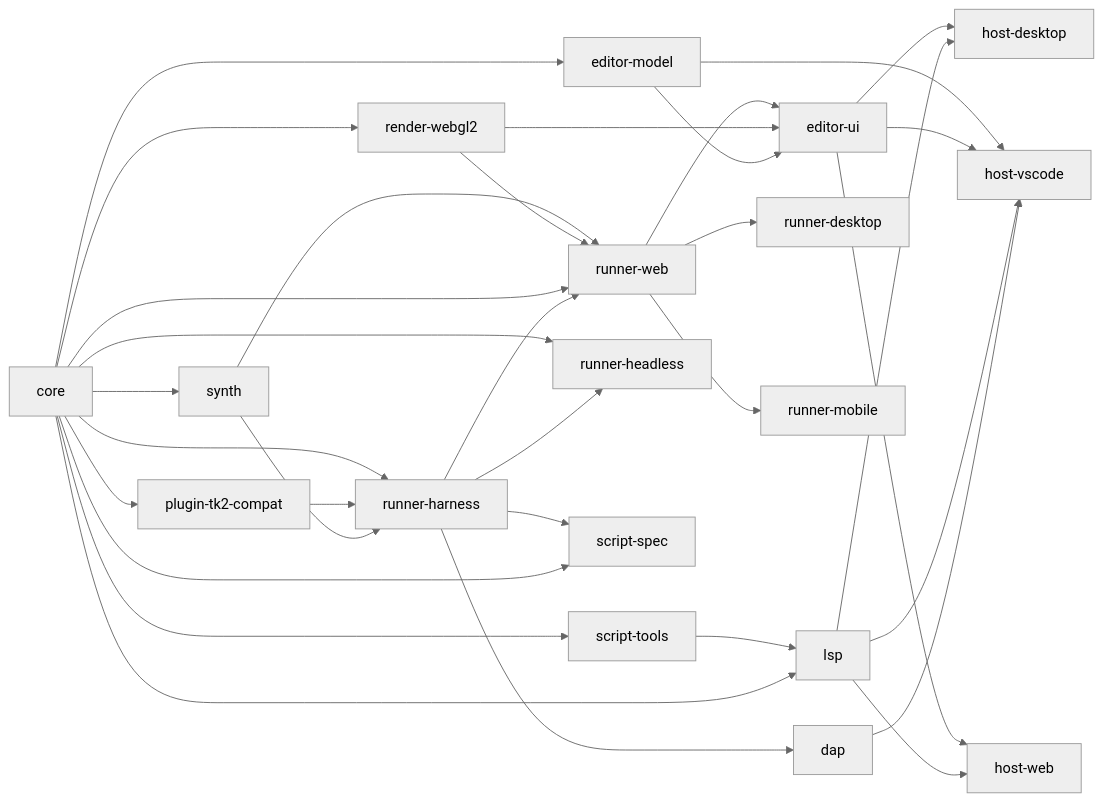
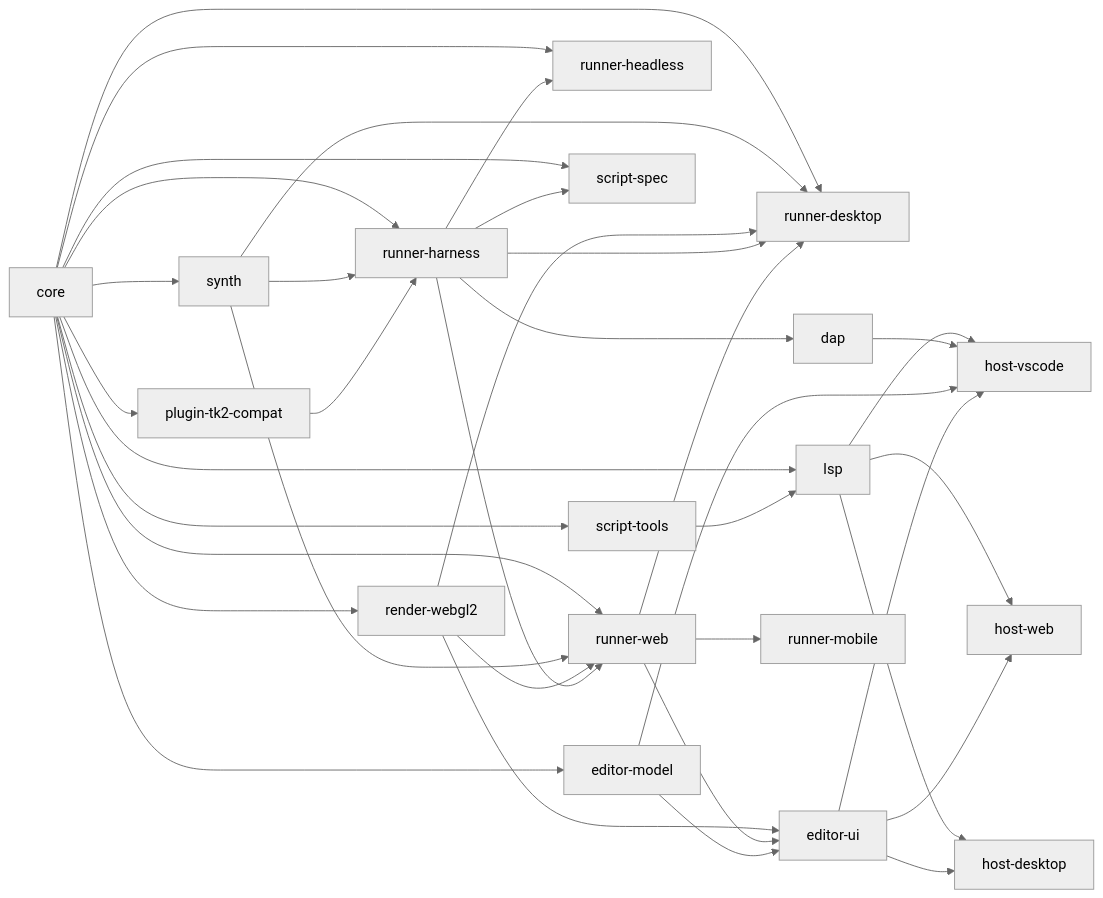
Before and after one commit to tk-reawakened/rpgtoolkit-reawakened: the first of 3 diagrams in _bmad-output/initiative-rpgtoolkit-reawakened/architecture-rpgtoolkit-reawakened/architecture-rpgtoolkit-reawakened.md, drawn with Mermaid (neutral theme). The commit also changed 15 other files, not shown here.

First line of the commit message:
feat(9.11): runner-desktop, the player's Electron shell over the same web build (#1004)

````diff
--- a/_bmad-output/initiative-rpgtoolkit-reawakened/architecture-rpgtoolkit-reawakened/architecture-rpgtoolkit-reawakened.md
+++ b/_bmad-output/initiative-rpgtoolkit-reawakened/architecture-rpgtoolkit-reawakened/architecture-rpgtoolkit-reawakened.md
@@ -41,35 +41,39 @@
 ```mermaid
 graph LR
+  core --> scripttools[script-tools]
   core --> synth
   core --> renderwebgl2[render-webgl2]
   core --> runnerharness[runner-harness]
+  core --> runnerheadless[runner-headless]
+  core --> runnerweb[runner-web]
+  core --> runnerdesktop[runner-desktop]
+  core --> lsp
+  core --> scriptspec[script-spec]
+  core --> editormodel[editor-model]
   core --> plugintk2compat[plugin-tk2-compat]
-  scripttools[script-tools] --> lsp
+  scripttools --> lsp
+  synth --> runnerharness
+  synth --> runnerweb
+  synth --> runnerdesktop
+  renderwebgl2 --> runnerweb
+  renderwebgl2 --> runnerdesktop
+  renderwebgl2 --> editorui[editor-ui]
+  runnerharness --> runnerheadless
+  runnerharness --> runnerweb
+  runnerharness --> runnerdesktop
+  runnerharness --> scriptspec
+  runnerharness --> dap
+  runnerweb --> runnerdesktop
+  runnerweb --> runnermobile[runner-mobile]
+  runnerweb --> editorui
+  lsp --> hostvscode[host-vscode]
+  lsp --> hostweb[host-web]
+  lsp --> hostdesktop[host-desktop]
+  dap --> hostvscode
+  editormodel --> editorui
+  editormodel --> hostvscode
+  editorui --> hostvscode
+  editorui --> hostweb
+  editorui --> hostdesktop
   plugintk2compat --> runnerharness
-  core --> lsp
-  core --> editormodel[editor-model]
-  synth --> runnerharness
-  synth --> runnerweb[runner-web]
-  renderwebgl2 --> runnerweb
-  core --> runnerheadless[runner-headless]
-  core --> runnerweb
-  runnerharness --> runnerweb
-  runnerharness --> runnerheadless
-  runnerharness --> dap
-  runnerweb --> runnerdesktop[runner-desktop]
-  runnerweb --> runnermobile[runner-mobile]
-  runnerweb --> editorui[editor-ui]
-  renderwebgl2 --> editorui
-  editormodel --> editorui
-  editormodel --> hostvscode[host-vscode]
-  editorui --> hostvscode
-  editorui --> hostweb[host-web]
-  editorui --> hostdesktop[host-desktop]
-  lsp --> hostvscode
-  lsp --> hostweb
-  lsp --> hostdesktop
-  dap --> hostvscode
-  runnerharness --> scriptspec[script-spec]
-  core --> scripttools
-  core --> scriptspec
 ```
````
